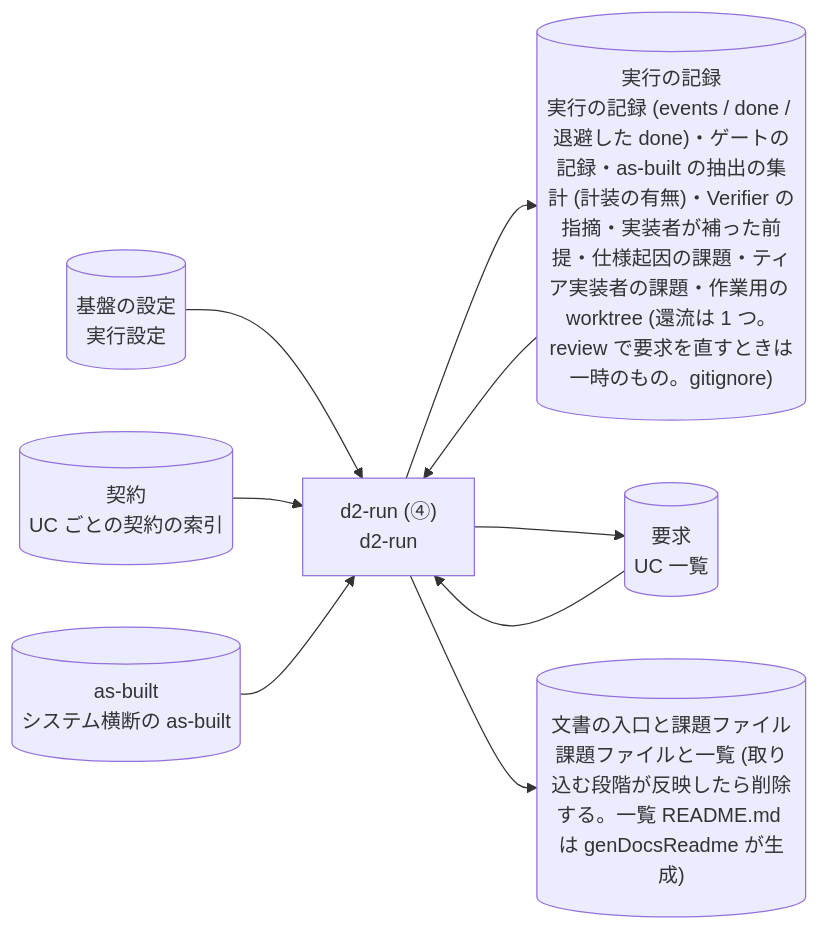
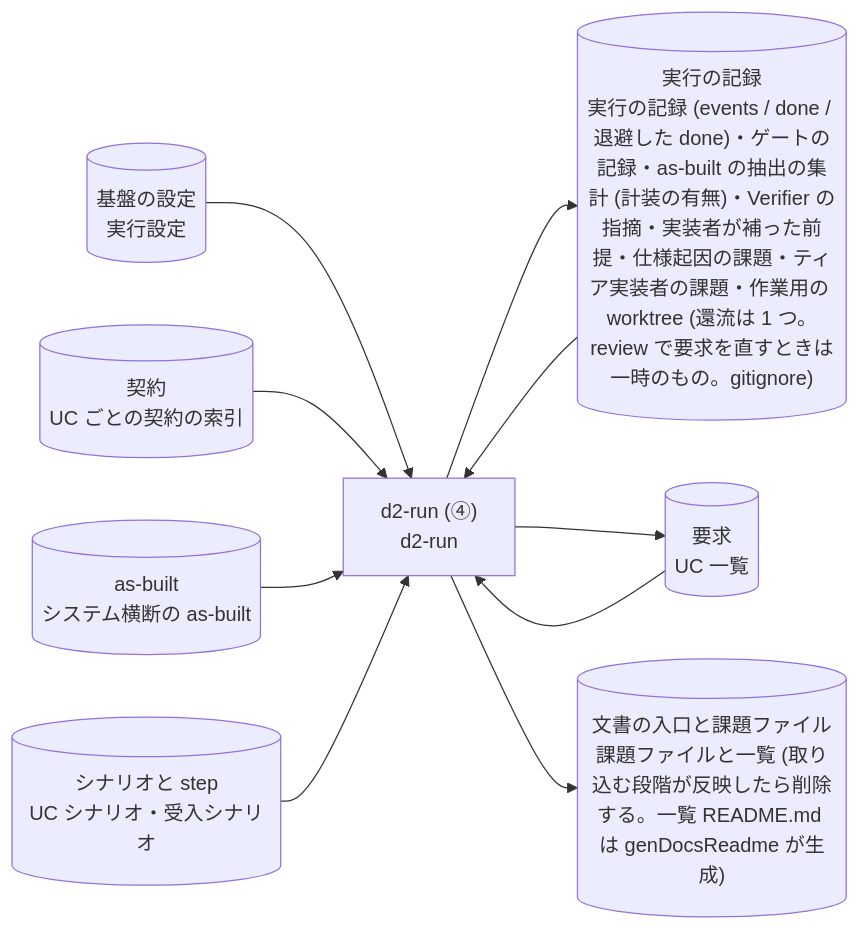
Diagram 37 of 48 in plugins/distillery2/skills/d2-common/references/dataflow.md (suwa-sh/suwa-sh-claude-plugins), drawn with Mermaid before and after one commit. The commit also changed other lines of this file and 17 other files, not shown here.

````diff
--- a/plugins/distillery2/skills/d2-common/references/dataflow.md
+++ b/plugins/distillery2/skills/d2-common/references/dataflow.md
@@ -936,18 +936,20 @@
 ```mermaid
 flowchart LR
   p_run_uc["d2-run (④)<br/>d2-run"]
   g_settings[("基盤の設定<br/>実行設定")]
   g_requirements[("要求<br/>UC 一覧")]
   g_run[("実行の記録<br/>実行の記録 (events / done / 退避した done)・ゲートの記録・as-built の抽出の集計 (計装の有無)・Verifier の指摘・実装者が補った前提・仕様起因の課題・ティア実装者の課題・作業用の worktree (還流は 1 つ。review で要求を直すときは一時のもの。gitignore)")]
   g_contracts[("契約<br/>UC ごとの契約の索引")]
   g_asbuilt[("as-built<br/>システム横断の as-built")]
+  g_scenarios[("シナリオと step<br/>UC シナリオ・受入シナリオ")]
   g_docs[("文書の入口と課題ファイル<br/>課題ファイルと一覧 (取り込む段階が反映したら削除する。一覧 README.md は genDocsReadme が生成)")]
   g_settings --> p_run_uc
   g_requirements --> p_run_uc
   g_run --> p_run_uc
   g_contracts --> p_run_uc
   g_asbuilt --> p_run_uc
+  g_scenarios --> p_run_uc
   p_run_uc --> g_run
   p_run_uc --> g_requirements
   p_run_uc --> g_docs
 ```
````
